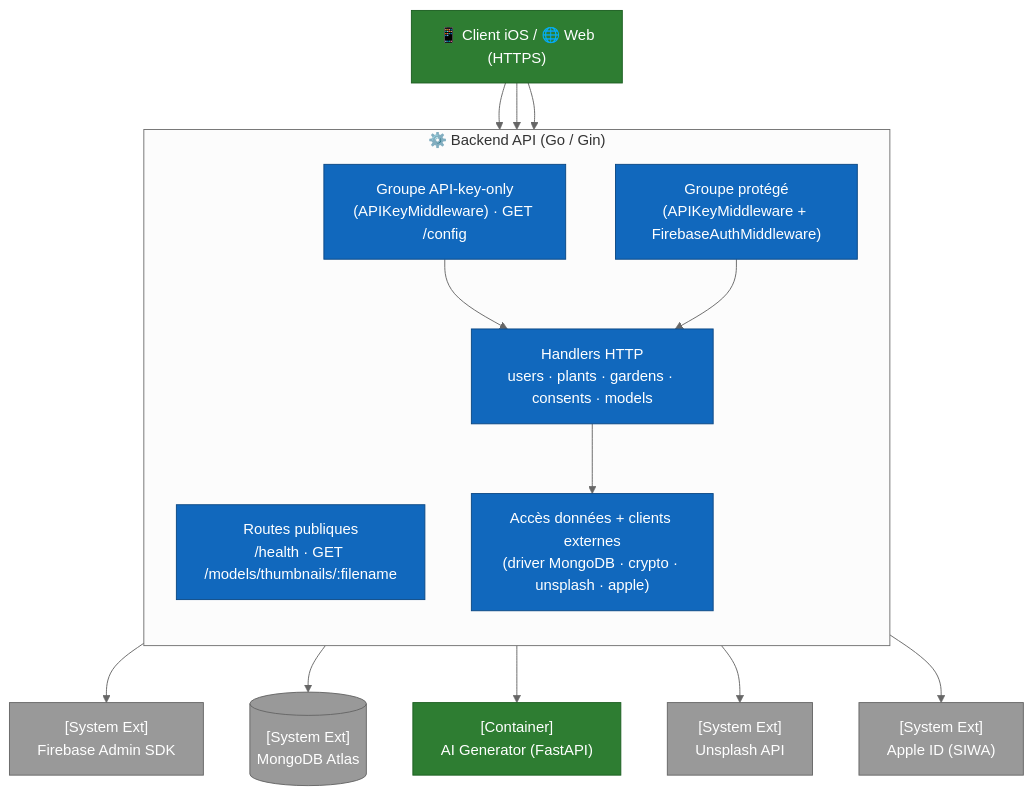
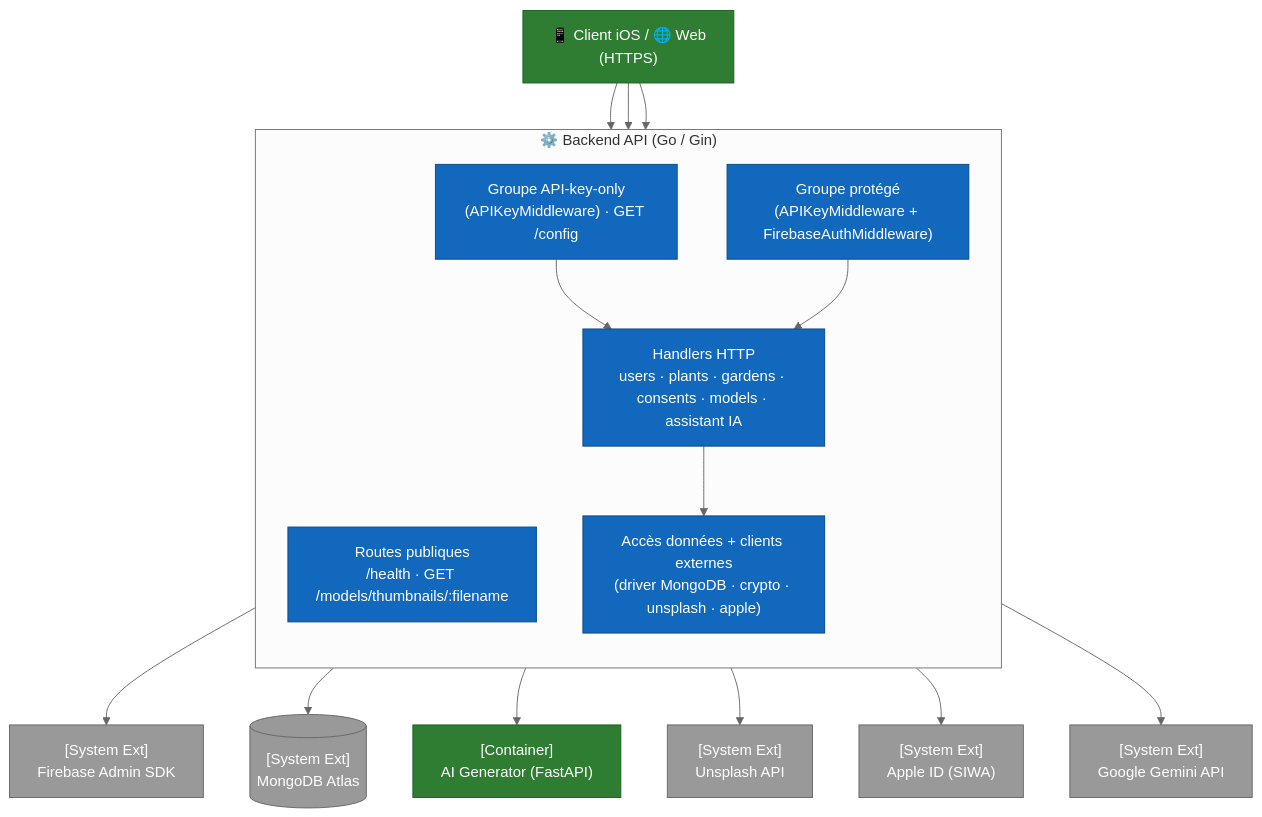
One commit to ArboreTeam/Arbore changed the diagram in docs/fr/architecture/03-components-backend.md. Above: the diagram before and after it, drawn with Mermaid (neutral theme). The commit also changed other lines of this file and 3 other files, not shown here.

````diff
--- a/docs/fr/architecture/03-components-backend.md
+++ b/docs/fr/architecture/03-components-backend.md
@@ -9,39 +9,41 @@
 ```mermaid
 flowchart TB
     client["📱 Client iOS / 🌐 Web<br/>(HTTPS)"]
 
     subgraph backend["⚙️ Backend API (Go / Gin)"]
         direction TB
         public["Routes publiques<br/>/health · GET /models/thumbnails/:filename"]
         apikey["Groupe API-key-only<br/>(APIKeyMiddleware) · GET /config"]
         protected["Groupe protégé<br/>(APIKeyMiddleware + FirebaseAuthMiddleware)"]
-        handlers["Handlers HTTP<br/>users · plants · gardens · consents · models"]
+        handlers["Handlers HTTP<br/>users · plants · gardens · consents · models · assistant IA"]
         access["Accès données + clients externes<br/>(driver MongoDB · crypto · unsplash · apple)"]
 
         apikey --> handlers
         protected --> handlers
         handlers --> access
     end
 
     mongo[("[System Ext]<br/>MongoDB Atlas")]
     firebase_admin["[System Ext]<br/>Firebase Admin SDK"]
     ai_gen["[Container]<br/>AI Generator (FastAPI)"]
     unsplash["[System Ext]<br/>Unsplash API"]
     apple["[System Ext]<br/>Apple ID (SIWA)"]
+    gemini["[System Ext]<br/>Google Gemini API"]
 
     client --> public
     client --> apikey
     client --> protected
     protected --> firebase_admin
     access --> mongo
     access --> ai_gen
     access --> unsplash
     access --> apple
+    handlers --> gemini
 
     classDef ext   fill:#999,stroke:#666,color:#fff
     classDef layer fill:#1168BD,stroke:#0B4884,color:#fff
     classDef cont  fill:#2E7D32,stroke:#1B5E20,color:#fff
     class public,apikey,protected,handlers,access layer
     class client,ai_gen cont
-    class mongo,firebase_admin,unsplash,apple ext
+    class mongo,firebase_admin,unsplash,apple,gemini ext
 ```
````
